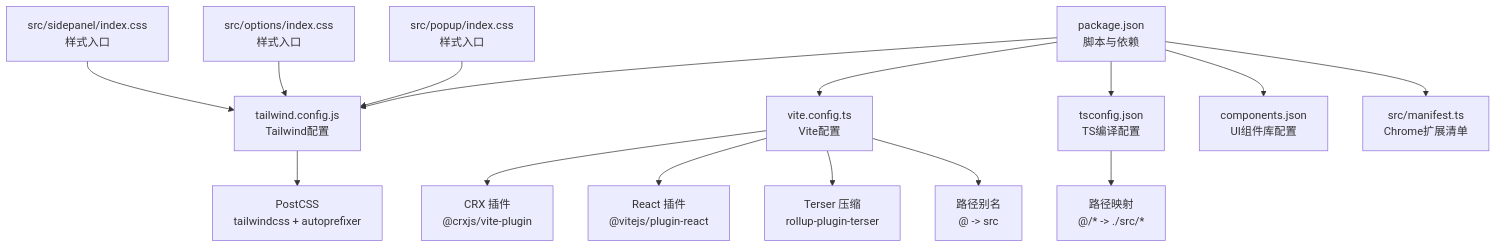
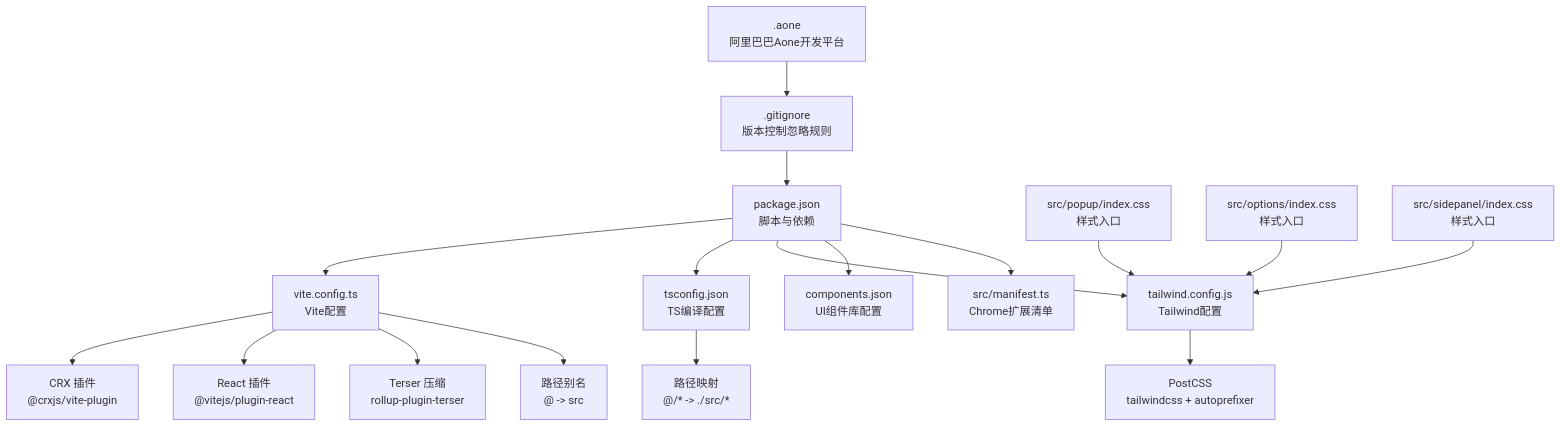
One commit to RadiumAg/bilibili-favorites changed the first of 7 diagrams in .qoder/repowiki/zh/content/开发指南/构建配置详解.md. Above: the diagram before and after it, drawn with Mermaid. The commit also changed other lines of this file and 8 other files, not shown here.

````diff
--- a/.qoder/repowiki/zh/content/开发指南/构建配置详解.md
+++ b/.qoder/repowiki/zh/content/开发指南/构建配置详解.md
@@ -49,17 +58,19 @@
 ```mermaid
 graph TB
 A["package.json<br/>脚本与依赖"] --> B["vite.config.ts<br/>Vite配置"]
 B --> C["CRX 插件<br/>@crxjs/vite-plugin"]
 B --> D["React 插件<br/>@vitejs/plugin-react"]
 B --> E["Terser 压缩<br/>rollup-plugin-terser"]
 B --> F["路径别名<br/>@ -> src"]
 A --> G["tsconfig.json<br/>TS编译配置"]
 G --> H["路径映射<br/>@/* -> ./src/*"]
 A --> I["tailwind.config.js<br/>Tailwind配置"]
 I --> J["PostCSS<br/>tailwindcss + autoprefixer"]
 A --> K["components.json<br/>UI组件库配置"]
 A --> L["src/manifest.ts<br/>Chrome扩展清单"]
 M["src/popup/index.css<br/>样式入口"] --> I
 N["src/options/index.css<br/>样式入口"] --> I
 O["src/sidepanel/index.css<br/>样式入口"] --> I
+P[".gitignore<br/>版本控制忽略规则"] --> A
+Q[".aone<br/>阿里巴巴Aone开发平台"] --> P
 ```
````
